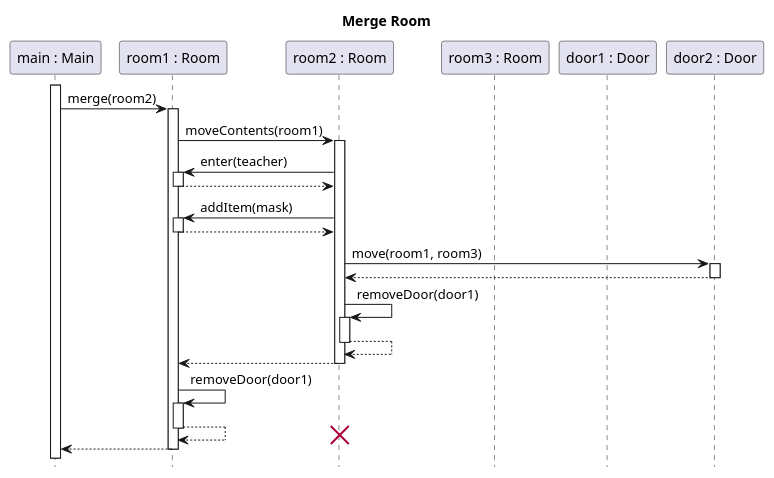
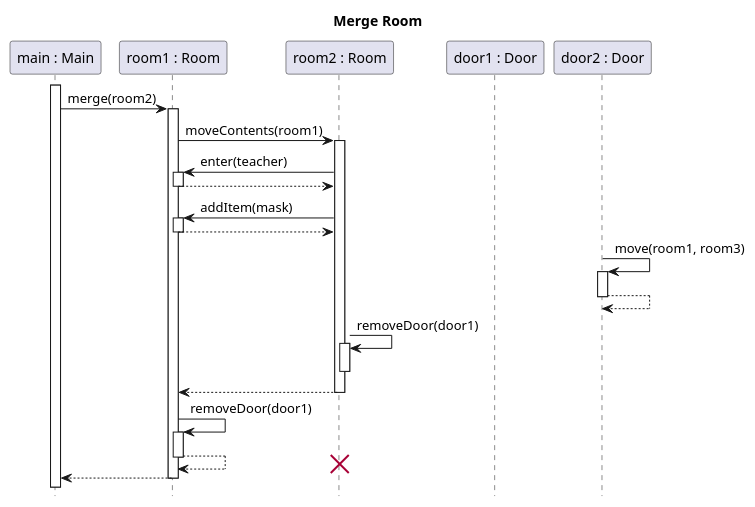
One commit to sn4k3ch4rm3r/logarlec changed the diagram in docs/diagrams/test-sequence/room-merge.puml. Above: the diagram before and after it, drawn with PlantUML. The commit also changed 8 other files, not shown here.

Commit message:
Fixing some test-(create)-sequence diagrams

```diff
--- a/docs/diagrams/test-sequence/room-merge.puml
+++ b/docs/diagrams/test-sequence/room-merge.puml
@@ -1,34 +1,30 @@
 @startuml room-merge
 title Merge Room
 hide footbox
 skinparam SequenceReferenceBackgroundColor white
 
 participant "main : Main" as main
 participant "room1 : Room" as r1
 participant "room2 : Room" as r2
-participant "room3 : Room" as r3
-participant "door1 : Door" as door1
-participant "door2 : Door" as door2
-participant "room3 : Room" as r3
 participant "door1 : Door" as door1
 participant "door2 : Door" as door2
 
 main++
 main-> r1 ++: merge(room2)
     r1 -> r2 ++: moveContents(room1)
         r2 -> r1 ++ : enter(teacher)
         return
     
         r2 -> r1 ++ : addItem(mask)
         return
 
-        r2 -> door2 ++: move(room1, room3)
+        door2 -> door2 ++: move(room1, room3)
         return
         r2 -> r2 ++ : removeDoor(door1)
-        return
+        deactivate
     return
     r1 -> r1 ++: removeDoor(door1)
     return
 destroy r2
 return
 @enduml
```
